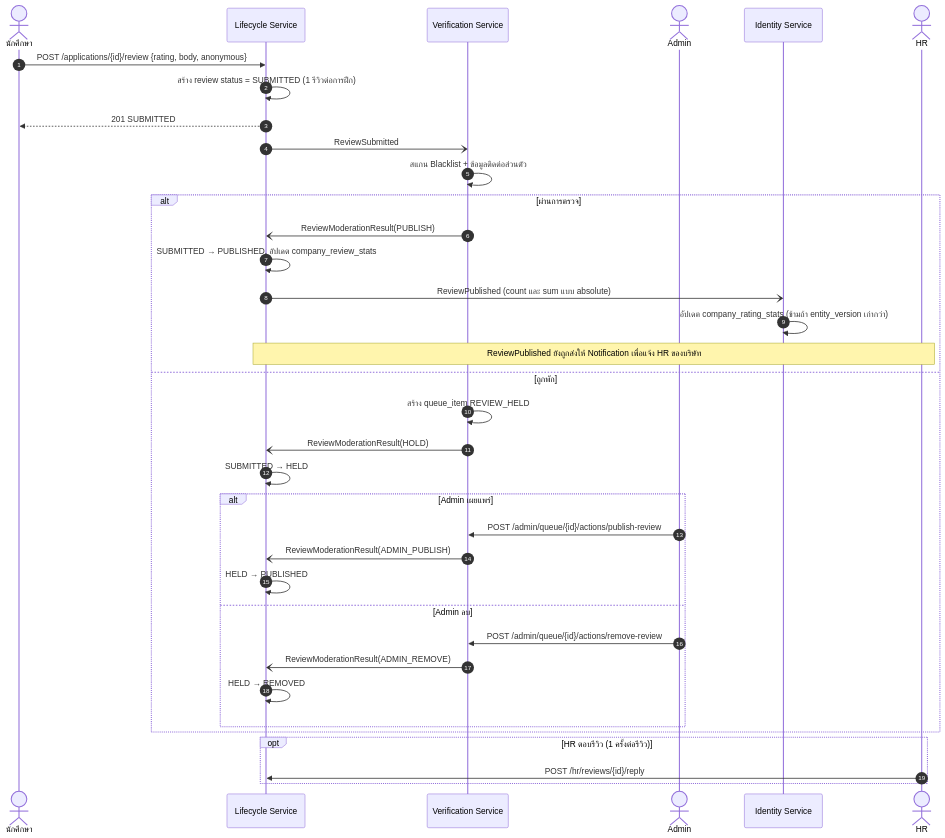
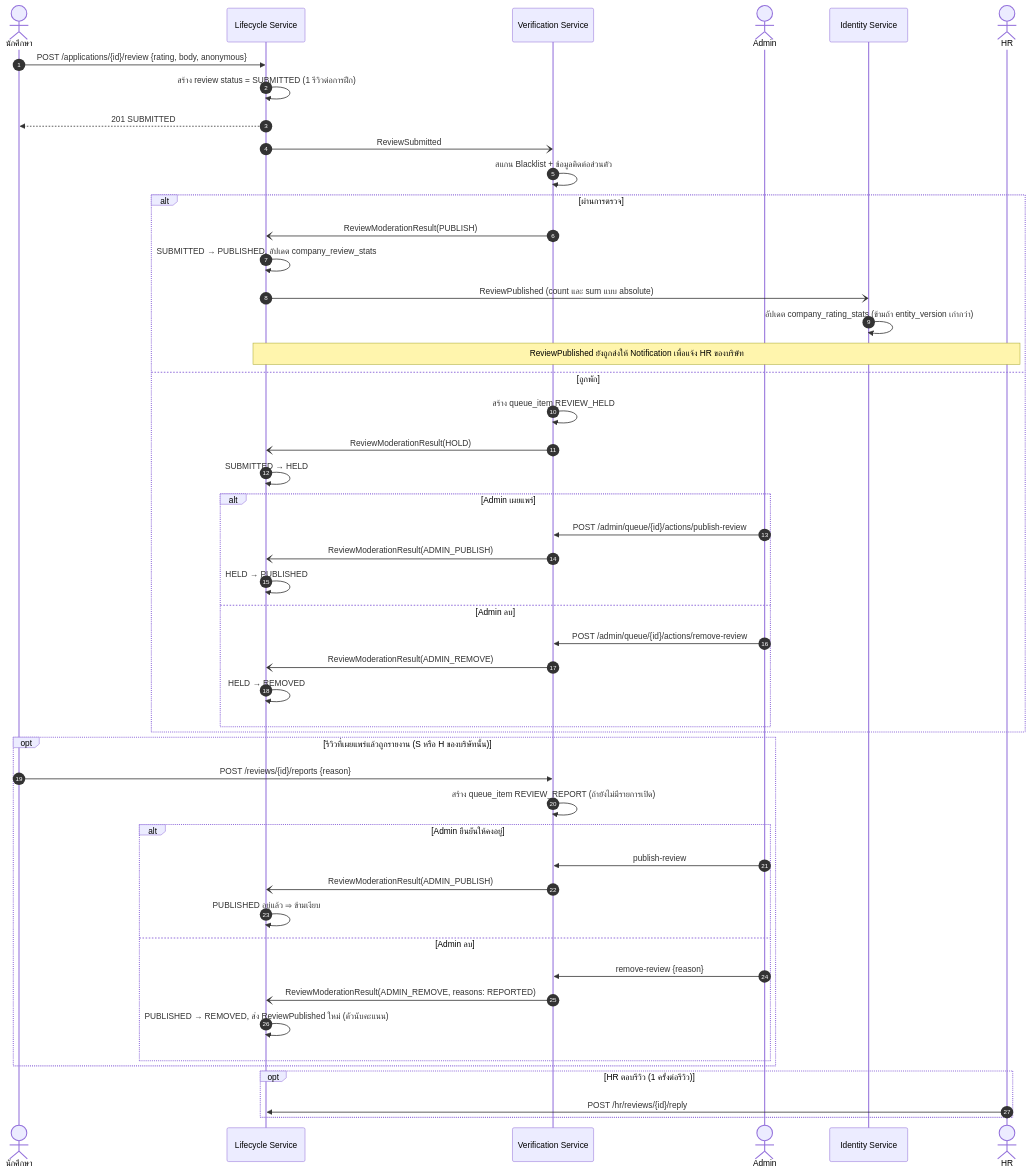
The ninth of 18 diagrams in docs/diagram.md (InternPATHz/InternPATH), drawn with Mermaid before and after one commit. The commit also changed 34 other files, not shown here.

Commit message:
Add review moderation and reporting flow

````diff
--- a/docs/diagram.md
+++ b/docs/diagram.md
@@ -334,41 +334,55 @@
 ```mermaid
 sequenceDiagram
     autonumber
     actor S as นักศึกษา
     participant L as Lifecycle Service
     participant V as Verification Service
     actor AD as Admin
     participant I as Identity Service
     actor H as HR
 
     S->>L: POST /applications/{id}/review {rating, body, anonymous}
     L->>L: สร้าง review status = SUBMITTED (1 รีวิวต่อการฝึก)
     L-->>S: 201 SUBMITTED
     L-)V: ReviewSubmitted
     V->>V: สแกน Blacklist + ข้อมูลติดต่อส่วนตัว
 
     alt ผ่านการตรวจ
         V-)L: ReviewModerationResult(PUBLISH)
         L->>L: SUBMITTED → PUBLISHED, อัปเดต company_review_stats
         L-)I: ReviewPublished (count และ sum แบบ absolute)
         I->>I: อัปเดต company_rating_stats (ข้ามถ้า entity_version เก่ากว่า)
         Note over L,H: ReviewPublished ยังถูกส่งให้ Notification เพื่อแจ้ง HR ของบริษัท
     else ถูกพัก
         V->>V: สร้าง queue_item REVIEW_HELD
         V-)L: ReviewModerationResult(HOLD)
         L->>L: SUBMITTED → HELD
         alt Admin เผยแพร่
             AD->>V: POST /admin/queue/{id}/actions/publish-review
             V-)L: ReviewModerationResult(ADMIN_PUBLISH)
             L->>L: HELD → PUBLISHED
         else Admin ลบ
             AD->>V: POST /admin/queue/{id}/actions/remove-review
             V-)L: ReviewModerationResult(ADMIN_REMOVE)
             L->>L: HELD → REMOVED
         end
     end
 
+    opt รีวิวที่เผยแพร่แล้วถูกรายงาน (S หรือ H ของบริษัทนั้น)
+        S->>V: POST /reviews/{id}/reports {reason}
+        V->>V: สร้าง queue_item REVIEW_REPORT (ถ้ายังไม่มีรายการเปิด)
+        alt Admin ยืนยันให้คงอยู่
+            AD->>V: publish-review
+            V-)L: ReviewModerationResult(ADMIN_PUBLISH)
+            L->>L: PUBLISHED อยู่แล้ว ⇒ ข้ามเงียบ
+        else Admin ลบ
+            AD->>V: remove-review {reason}
+            V-)L: ReviewModerationResult(ADMIN_REMOVE, reasons: REPORTED)
+            L->>L: PUBLISHED → REMOVED, ส่ง ReviewPublished ใหม่ (ตัวนับคะแนน)
+        end
+    end
+
     opt HR ตอบรีวิว (1 ครั้งต่อรีวิว)
         H->>L: POST /hr/reviews/{id}/reply
     end
 ```
````
